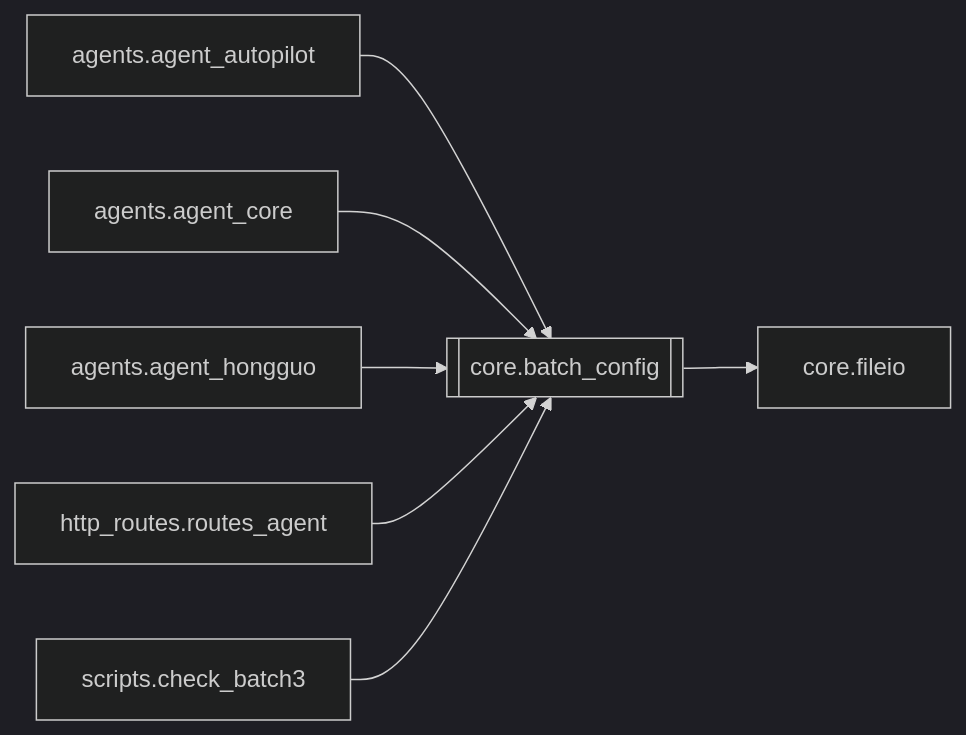
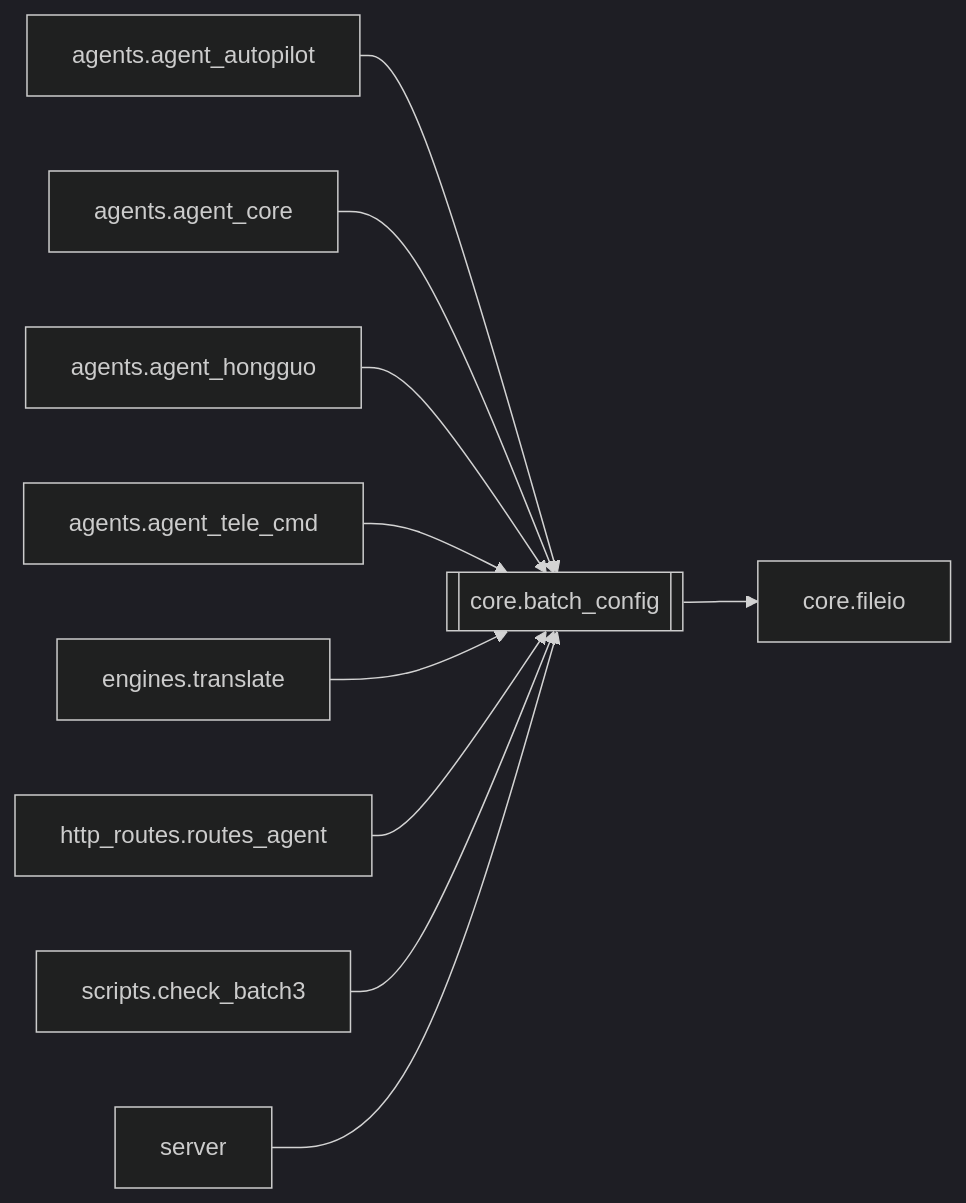
The diagram in docs/brain/modules/core.batch_config.md (kjza178/PinelineV5), drawn with Mermaid (dark theme) before and after one commit. The commit also changed other lines of this file and 227 other files, not shown here.

````diff
--- a/docs/brain/modules/core.batch_config.md
+++ b/docs/brain/modules/core.batch_config.md
@@ -17,10 +17,13 @@
 ```mermaid
 flowchart LR
   core_batch_config[[core.batch_config]]
   agents_agent_autopilot[agents.agent_autopilot] --> core_batch_config
   agents_agent_core[agents.agent_core] --> core_batch_config
   agents_agent_hongguo[agents.agent_hongguo] --> core_batch_config
+  agents_agent_tele_cmd[agents.agent_tele_cmd] --> core_batch_config
+  engines_translate[engines.translate] --> core_batch_config
   http_routes_routes_agent[http_routes.routes_agent] --> core_batch_config
   scripts_check_batch3[scripts.check_batch3] --> core_batch_config
+  server[server] --> core_batch_config
   core_batch_config --> core_fileio[core.fileio]
 ```
````
